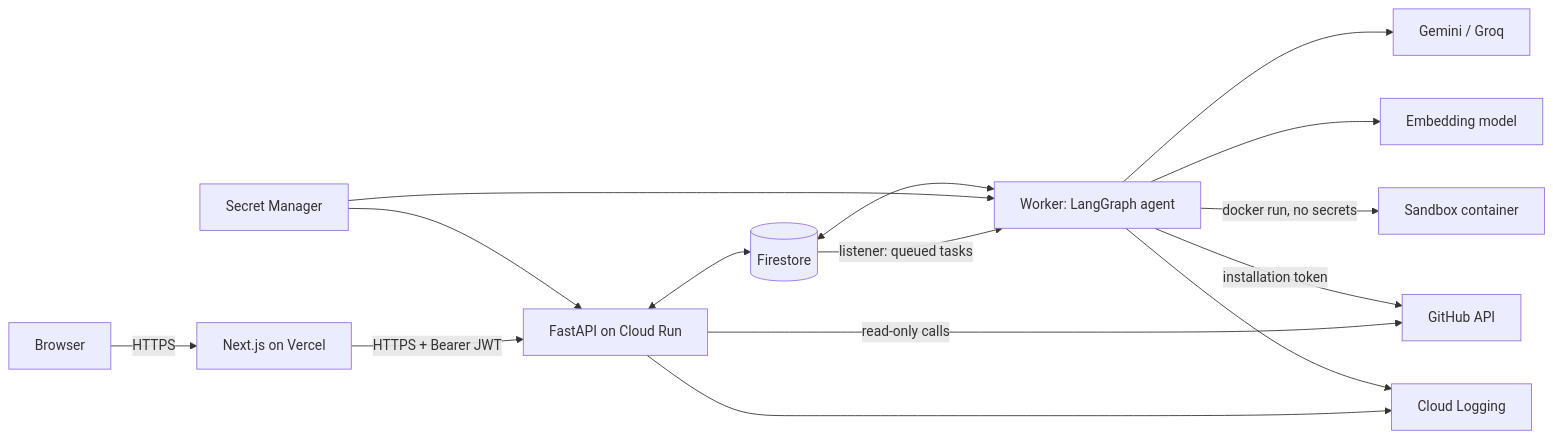
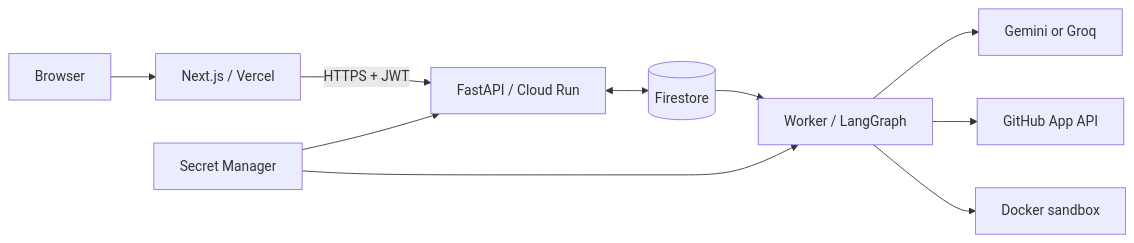
One commit to OjasPal/GitResolve changed the first of 2 diagrams in docs/GitResolve_TRD.md. Above: the diagram before and after it, drawn with Mermaid. The commit also changed other lines of this file and 4 other files, not shown here.

Commit message:
Updated TRD, AFD. Added Backend Schema & Implementation Plan

````diff
--- a/docs/GitResolve_TRD.md
+++ b/docs/GitResolve_TRD.md
@@ -42,17 +25,12 @@
 ```mermaid
 flowchart LR
-  U[Browser] -->|HTTPS| FE[Next.js on Vercel]
-  FE -->|HTTPS + Bearer JWT| API[FastAPI on Cloud Run]
-  API <--> FS[(Firestore)]
-  API -->|read-only calls| GH[GitHub API]
-  FS -->|listener: queued tasks| W[Worker: LangGraph agent]
-  W <--> FS
-  W --> LLM[Gemini / Groq]
-  W --> EMB[Embedding model]
-  W -->|installation token| GH
-  W -->|docker run, no secrets| SB[Sandbox container]
+  U[Browser] --> FE[Next.js / Vercel]
+  FE -->|HTTPS + JWT| API[FastAPI / Cloud Run]
+  API <--> DB[(Firestore)]
+  DB --> W[Worker / LangGraph]
+  W --> LLM[Gemini or Groq]
+  W --> GH[GitHub App API]
+  W --> SB[Docker sandbox]
   SM[Secret Manager] --> API
   SM --> W
-  API --> LOG[Cloud Logging]
-  W --> LOG
 ```
````
